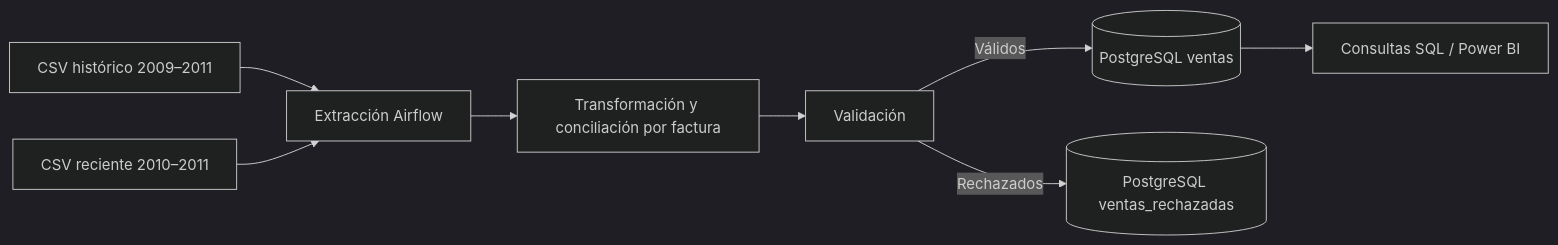
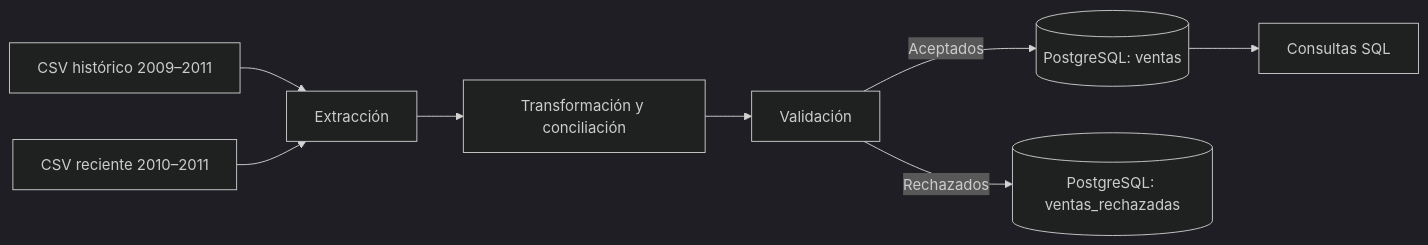
One commit to mariamanjarres04/datamart-etl-airflow changed the second of 2 diagrams in docs/modelo_datos_diagramas.md. Above: the diagram before and after it, drawn with Mermaid (dark theme). The commit also changed other lines of this file, not shown here.

````diff
--- a/docs/modelo_datos_diagramas.md
+++ b/docs/modelo_datos_diagramas.md
@@ -37,10 +43,10 @@
 ```mermaid
 flowchart LR
-    A[CSV histórico 2009–2011] --> C[Extracción Airflow]
+    A[CSV histórico 2009–2011] --> C[Extracción]
     B[CSV reciente 2010–2011] --> C
-    C --> D[Transformación y conciliación por factura]
+    C --> D[Transformación y conciliación]
     D --> E[Validación]
-    E -->|Válidos| F[(PostgreSQL ventas)]
-    E -->|Rechazados| G[(PostgreSQL ventas_rechazadas)]
-    F --> H[Consultas SQL / Power BI]
+    E -->|Aceptados| F[(PostgreSQL: ventas)]
+    E -->|Rechazados| G[(PostgreSQL: ventas_rechazadas)]
+    F --> H[Consultas SQL]
 ```
````
